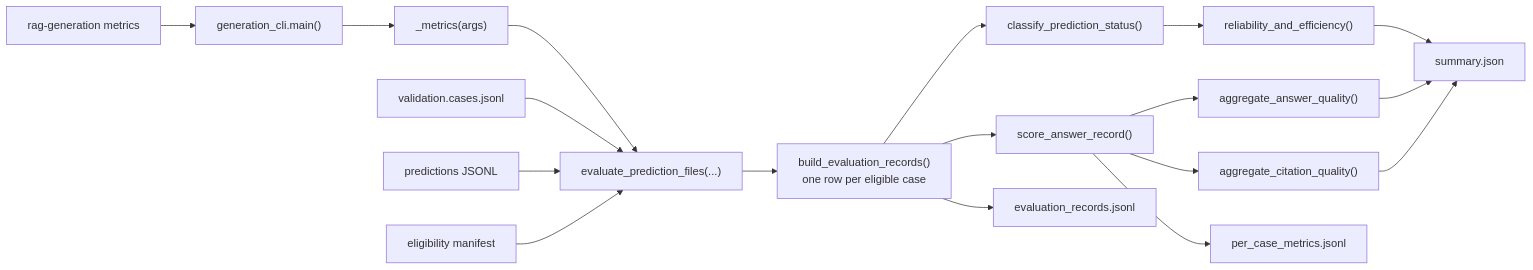
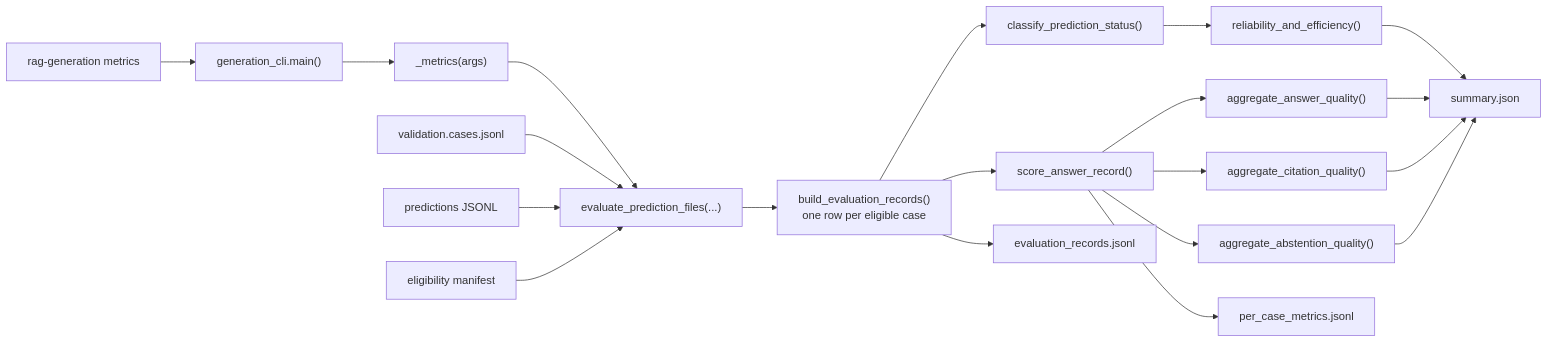
The fourth of 4 diagrams in generation_smoke_test_execution.md (AaronYXZ/Financial_RAG), drawn with Mermaid before and after one commit. The commit also changed other lines of this file and 5 other files, not shown here.

````diff
--- a/generation_smoke_test_execution.md
+++ b/generation_smoke_test_execution.md
@@ -525,20 +525,22 @@
 ```mermaid
 flowchart LR
     Command["rag-generation metrics"] --> Main["generation_cli.main()"]
     Main --> Handler["_metrics(args)"]
     Handler --> Evaluate["evaluate_prediction_files(...)"]
     Cases["validation.cases.jsonl"] --> Evaluate
     Predictions["predictions JSONL"] --> Evaluate
     Eligibility["eligibility manifest"] --> Evaluate
     Evaluate --> Join["build_evaluation_records()<br/>one row per eligible case"]
     Join --> Status["classify_prediction_status()"]
     Join --> Quality["score_answer_record()"]
     Status --> Reliability["reliability_and_efficiency()"]
     Quality --> Aggregate["aggregate_answer_quality()"]
     Quality --> Citations["aggregate_citation_quality()"]
+    Quality --> Abstention["aggregate_abstention_quality()"]
     Reliability --> Summary["summary.json"]
     Aggregate --> Summary
     Citations --> Summary
+    Abstention --> Summary
     Join --> Records["evaluation_records.jsonl"]
     Quality --> PerCase["per_case_metrics.jsonl"]
 ```
````
